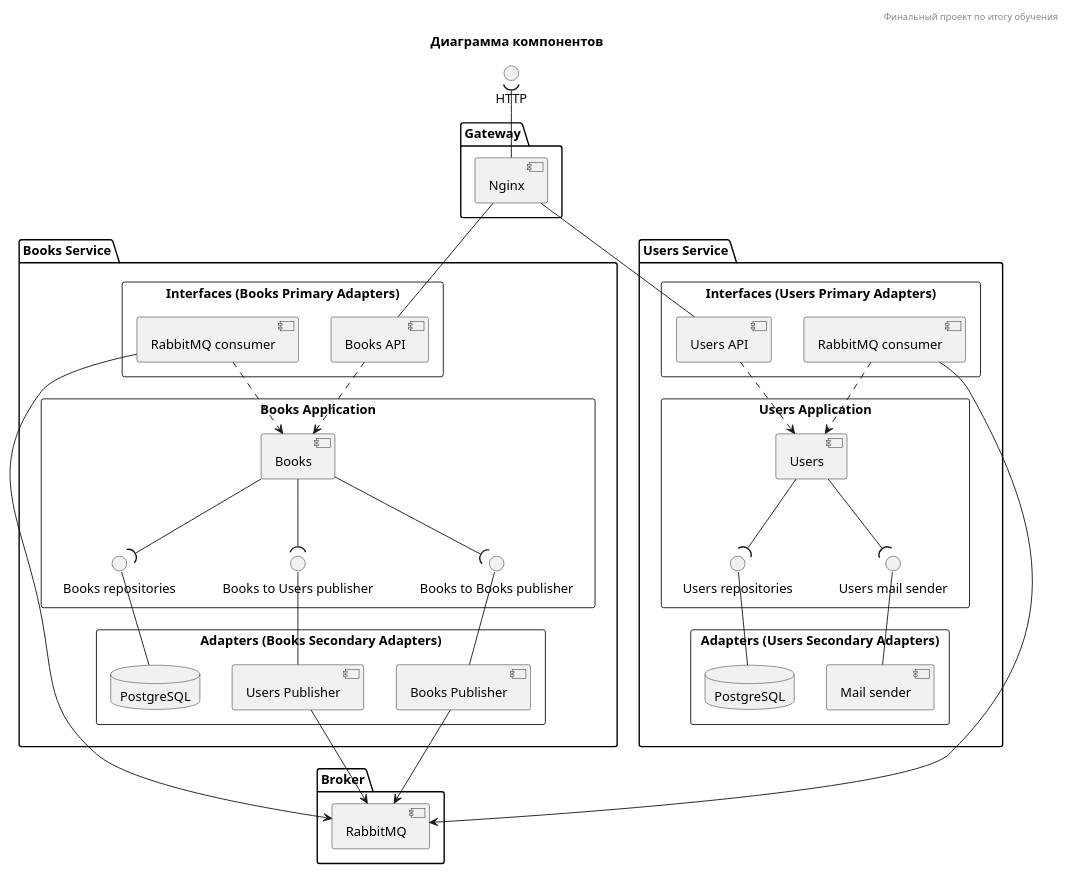
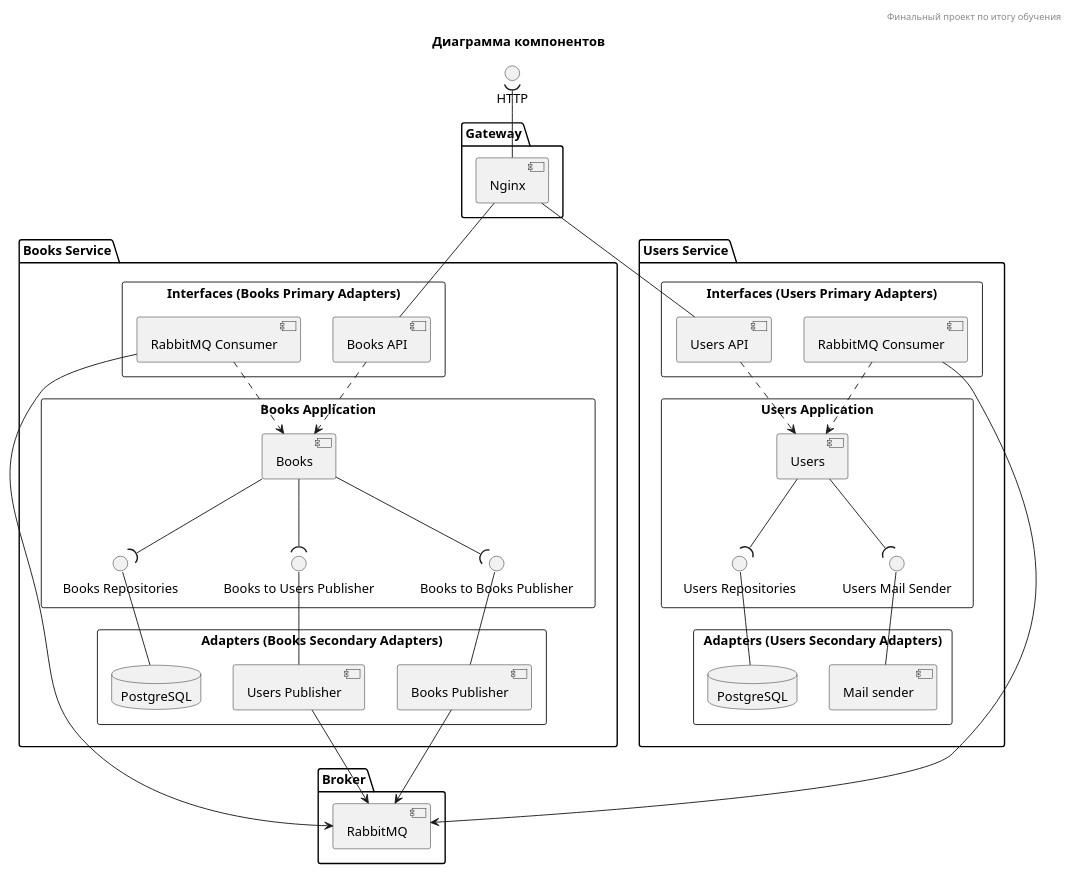
The diagram in library_project/docs/components.puml (Korollayre/bootcamp_final_project), drawn with PlantUML before and after one commit.

Commit message:
Some fix in component diagram

```diff
--- a/library_project/docs/components.puml
+++ b/library_project/docs/components.puml
@@ -1,92 +1,92 @@
 @startuml
 
 header Финальный проект по итогу обучения
 title Диаграмма компонентов
 
 () HTTP as NGINX_HTTP
 
 
 package "Books Service" {
 
     rectangle "Interfaces (Books Primary Adapters)" {
       [Books API] as books_api
-      [RabbitMQ consumer] as books_rabbitmq_consumer
+      [RabbitMQ Consumer] as books_rabbitmq_consumer
     }
 
     rectangle "Books Application" {
       [Books] as books
-      interface "Books repositories" as books_repositories
-      interface "Books to Books publisher" as books_to_books_publisher
-      interface "Books to Users publisher" as books_to_users_publisher
+      interface "Books Repositories" as books_repositories
+      interface "Books to Books Publisher" as books_to_books_publisher
+      interface "Books to Users Publisher" as books_to_users_publisher
     }
 
     rectangle "Adapters (Books Secondary Adapters)" {
       database "PostgreSQL" as books_database
       [Books Publisher] as books_publisher
       [Users Publisher] as users_publisher
     }
 
     books_api ..> books
     books_rabbitmq_consumer ..> books
 
     books --( books_repositories
     books --( books_to_books_publisher
     books --( books_to_users_publisher
 
     books_publisher -u- books_to_books_publisher
     users_publisher -u- books_to_users_publisher
     books_database -u- books_repositories
 
 }
 
 package "Users Service" {
 
     rectangle "Interfaces (Users Primary Adapters)" {
       [Users API] as users_api
-      [RabbitMQ consumer] as users_rabbitmq_consumer
+      [RabbitMQ Consumer] as users_rabbitmq_consumer
     }
 
     rectangle "Users Application" {
       [Users] as users
-      interface "Users repositories" as users_repositories
-      interface "Users mail sender" as users_mail_sender
+      interface "Users Repositories" as users_repositories
+      interface "Users Mail Sender" as users_mail_sender
     }
 
     rectangle "Adapters (Users Secondary Adapters)" {
       database "PostgreSQL" as users_database
       [Mail sender] as mail_sender
     }
 
     users_api ..> users
     users_rabbitmq_consumer ..> users
 
     users --( users_repositories
     users --( users_mail_sender
 
     mail_sender -u- users_mail_sender
     users_database -u- users_repositories
 
 }
 
 package "Gateway" {
 
     [Nginx] as nginx
 
     NGINX_HTTP )-- nginx
     nginx -- books_api
     nginx -- users_api
 
 }
 
 package "Broker" {
 
     [RabbitMQ] as rabbit
 
     users_publisher --> rabbit
     books_publisher --> rabbit
 
     users_rabbitmq_consumer --> rabbit
     books_rabbitmq_consumer --> rabbit
 }
 
 @enduml
```
